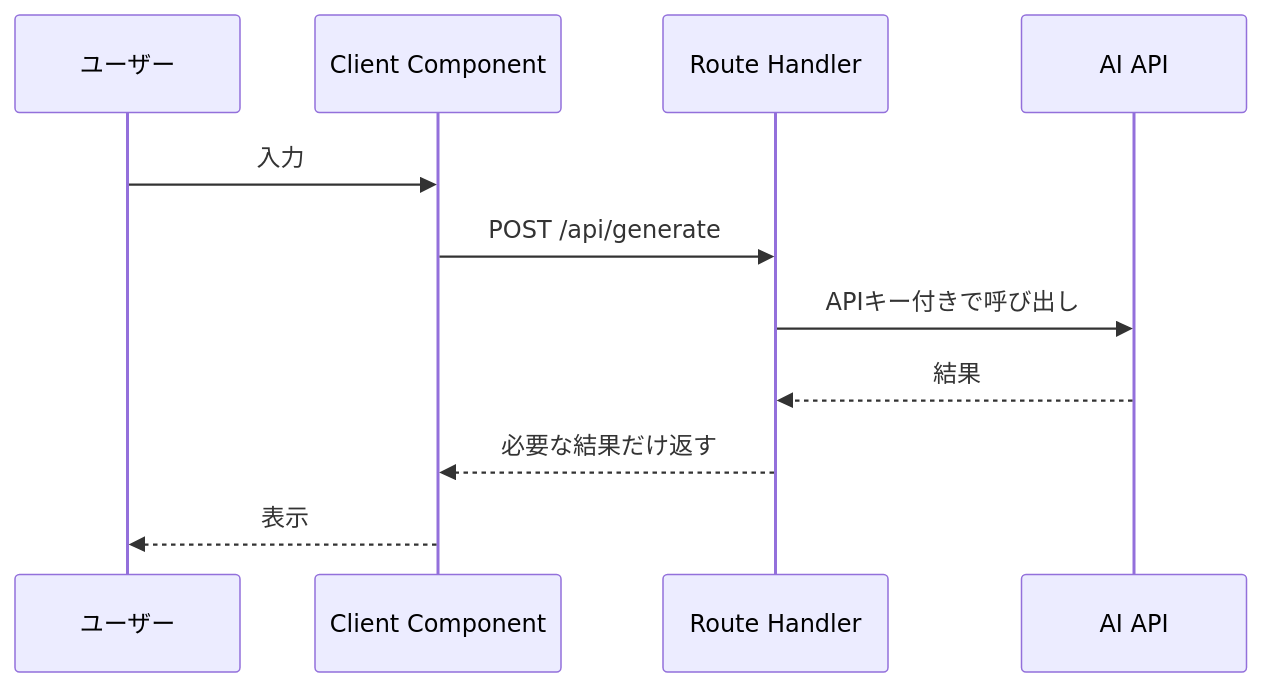
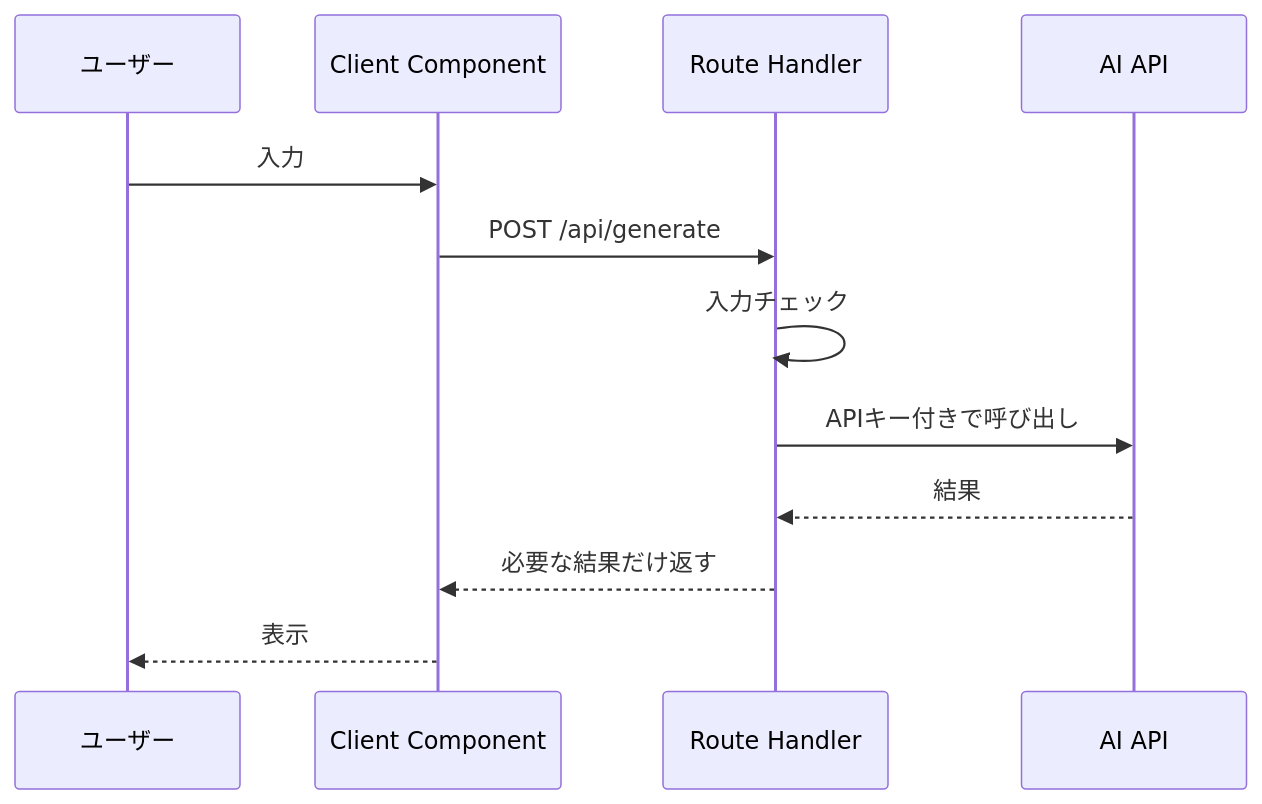
The diagram in docs/article-drafts/app-nextjs-ai-api-common-mistakes.md (hayato-app/ai-product-build-lab), drawn with Mermaid before and after one commit. The commit also changed other lines of this file and 9 other files, not shown here.

````diff
--- a/docs/article-drafts/app-nextjs-ai-api-common-mistakes.md
+++ b/docs/article-drafts/app-nextjs-ai-api-common-mistakes.md
@@ -38,14 +44,15 @@
 ```mermaid
 sequenceDiagram
   participant User as ユーザー
   participant Client as Client Component
   participant Route as Route Handler
   participant AI as AI API
 
   User->>Client: 入力
   Client->>Route: POST /api/generate
+  Route->>Route: 入力チェック
   Route->>AI: APIキー付きで呼び出し
   AI-->>Route: 結果
   Route-->>Client: 必要な結果だけ返す
   Client-->>User: 表示
 ```
````
